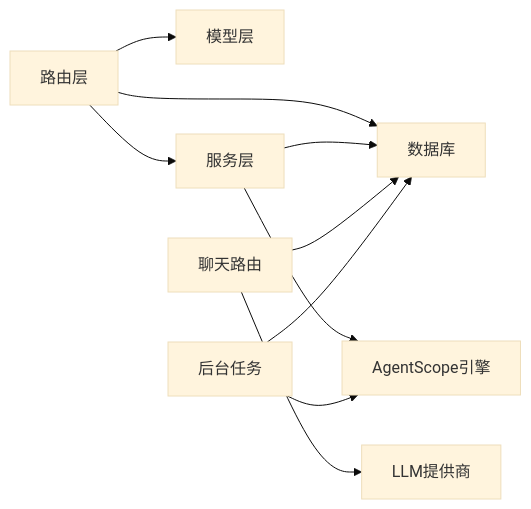
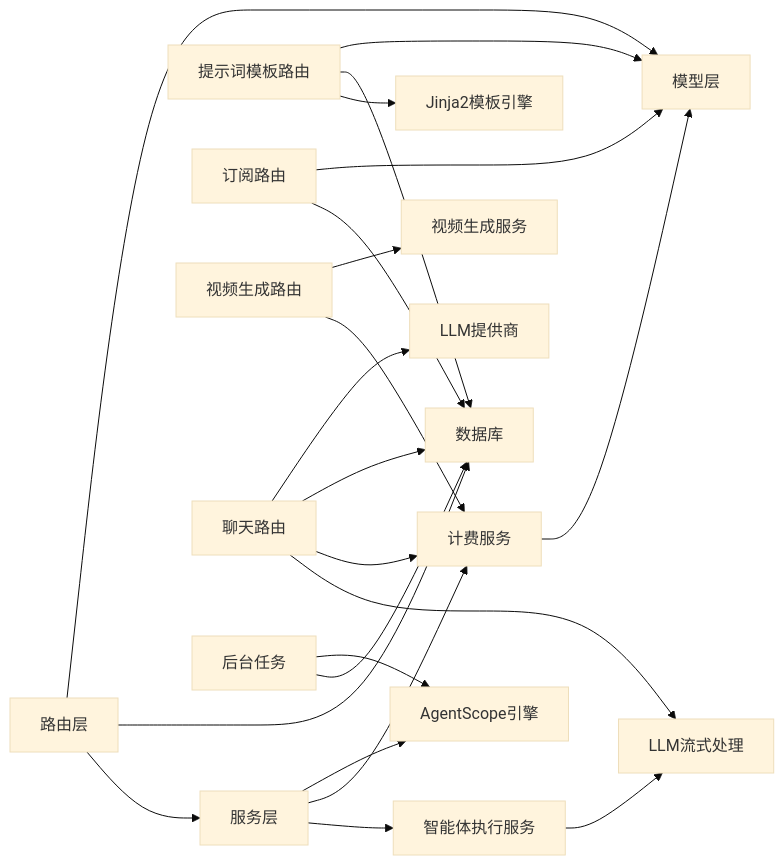
Before and after one commit to KunLabAI/KunFlix: diagram 20 of 20 in .qoder/repowiki/zh/content/后端开发指南/API路由系统/智能体管理API.md, drawn with Mermaid (base theme). The commit also changed other lines of this file and 25 other files, not shown here.

````diff
--- a/.qoder/repowiki/zh/content/后端开发指南/API路由系统/智能体管理API.md
+++ b/.qoder/repowiki/zh/content/后端开发指南/API路由系统/智能体管理API.md
@@ -328,12 +1197,24 @@
 ```mermaid
 graph LR
 ROUTERS["路由层"] --> MODELS["模型层"]
 ROUTERS --> DB["数据库"]
 ROUTERS --> SERVICES["服务层"]
 SERVICES --> AGENTS["AgentScope引擎"]
-SERVICES --> DB
+SERVICES --> BILLING["计费服务"]
+SERVICES --> AGENT_EXEC["智能体执行服务"]
+AGENT_EXEC --> LLM_STREAM["LLM流式处理"]
+PROMPT_TEMPLATES["提示词模板路由"] --> MODELS
+PROMPT_TEMPLATES --> DB
+PROMPT_TEMPLATES --> TEMPLATES["Jinja2模板引擎"]
+SUBSCRIPTIONS["订阅路由"] --> MODELS
+SUBSCRIPTIONS --> DB
+VIDEOS["视频生成路由"] --> VIDEO_GEN["视频生成服务"]
+VIDEOS --> BILLING
 CHATS["聊天路由"] --> PROVIDERS["LLM提供商"]
 CHATS --> DB
+CHATS --> BILLING
+CHATS --> LLM_STREAM
+BILLING --> MODELS
 TASKS["后台任务"] --> AGENTS
 TASKS --> DB
 ```
````
